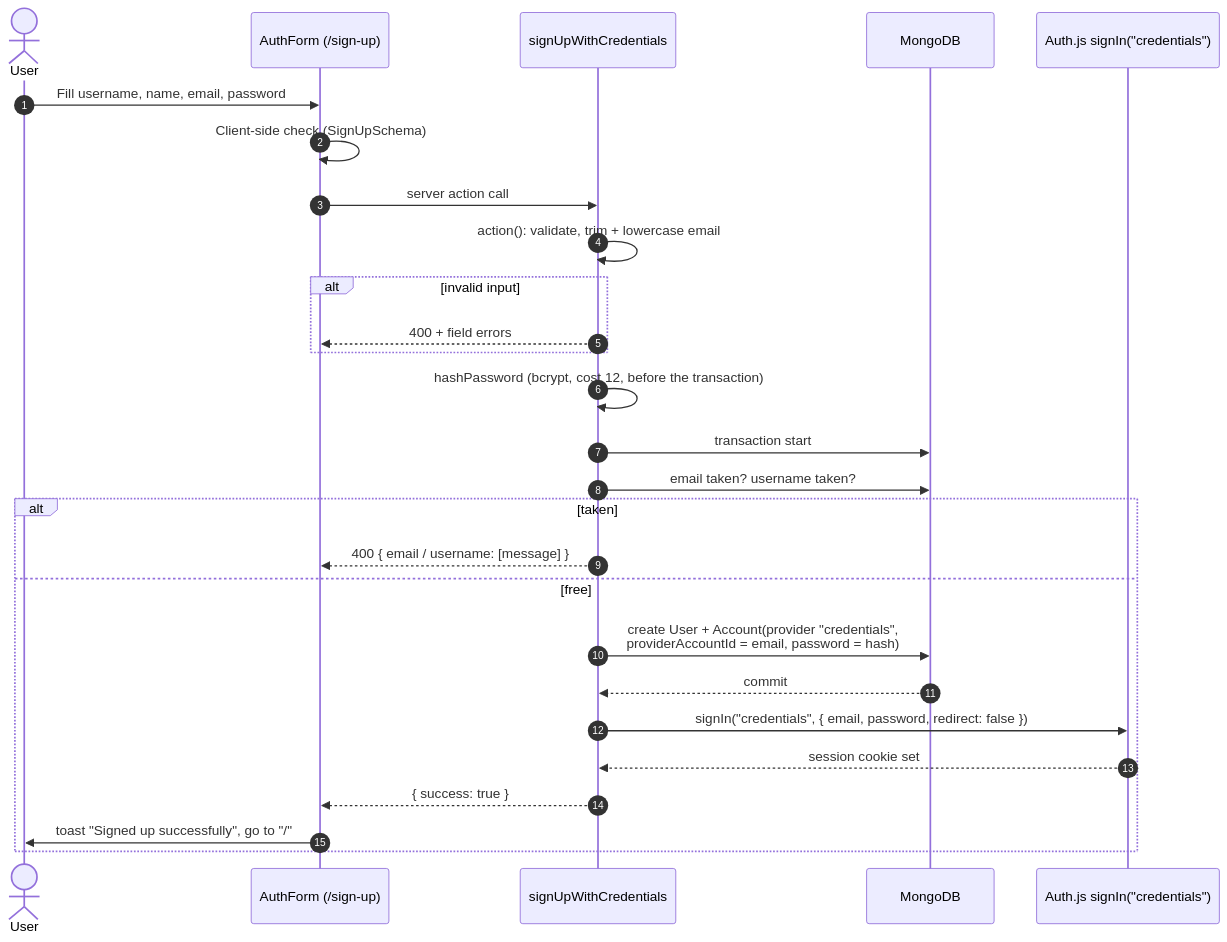
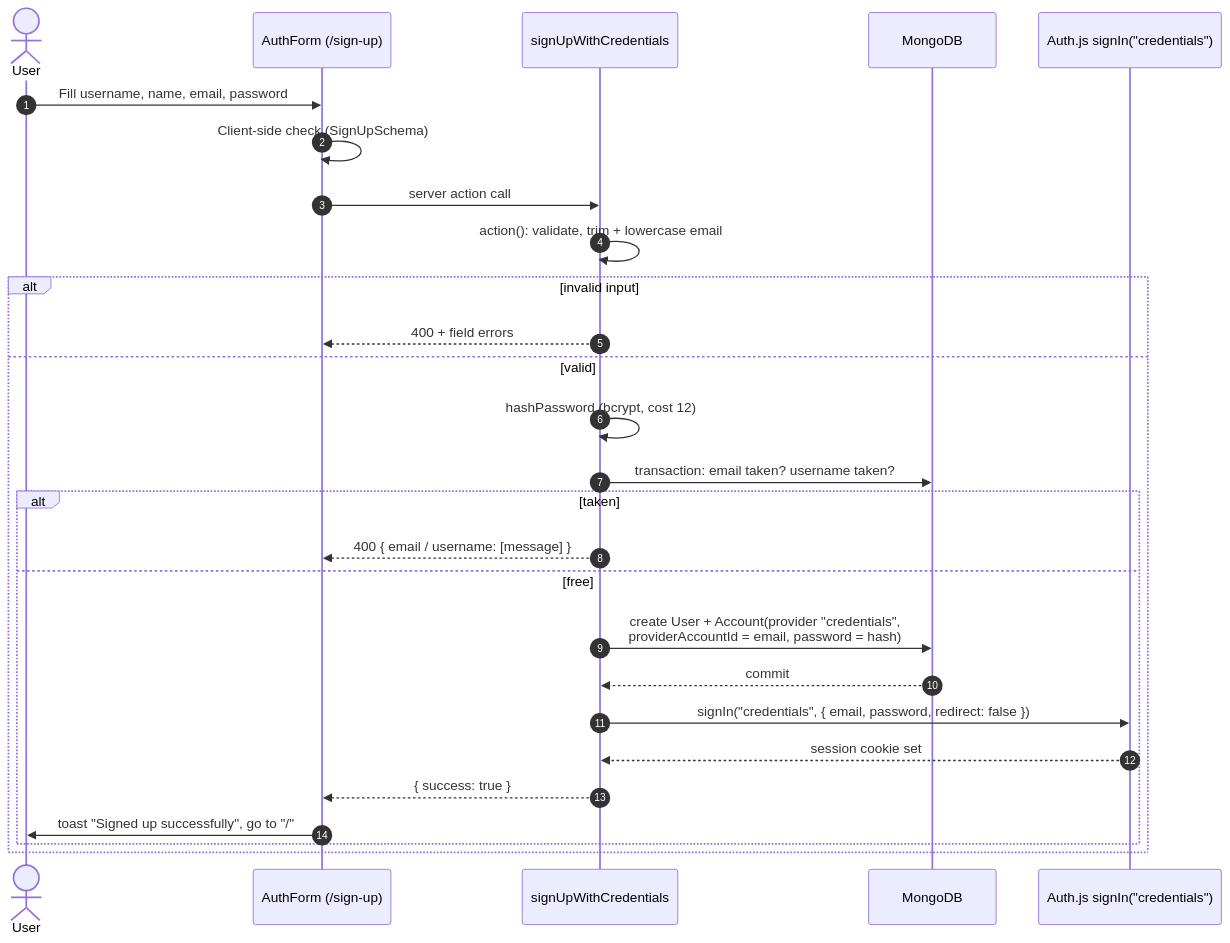
The seventh of 9 diagrams in docs/AUTH.md (firihy/dev-over-flow), drawn with Mermaid before and after one commit. The commit also changed other lines of this file, not shown here.

````diff
--- a/docs/AUTH.md
+++ b/docs/AUTH.md
@@ -349,30 +263,30 @@
 ```mermaid
 sequenceDiagram
   autonumber
   actor U as User
   participant F as AuthForm (/sign-up)
   participant SA as signUpWithCredentials
   participant DB as MongoDB
   participant AJ as Auth.js signIn("credentials")
 
   U->>F: Fill username, name, email, password
   F->>F: Client-side check (SignUpSchema)
   F->>SA: server action call
   SA->>SA: action(): validate, trim + lowercase email
   alt invalid input
     SA-->>F: 400 + field errors
-  end
-  SA->>SA: hashPassword (bcrypt, cost 12, before the transaction)
-  SA->>DB: transaction start
-  SA->>DB: email taken? username taken?
-  alt taken
-    SA-->>F: 400 { email / username: [message] }
-  else free
-    SA->>DB: create User + Account(provider "credentials",<br/>providerAccountId = email, password = hash)
-    DB-->>SA: commit
-    SA->>AJ: signIn("credentials", { email, password, redirect: false })
-    AJ-->>SA: session cookie set
-    SA-->>F: { success: true }
-    F->>U: toast "Signed up successfully", go to "/"
+  else valid
+    SA->>SA: hashPassword (bcrypt, cost 12)
+    SA->>DB: transaction: email taken? username taken?
+    alt taken
+      SA-->>F: 400 { email / username: [message] }
+    else free
+      SA->>DB: create User + Account(provider "credentials",<br/>providerAccountId = email, password = hash)
+      DB-->>SA: commit
+      SA->>AJ: signIn("credentials", { email, password, redirect: false })
+      AJ-->>SA: session cookie set
+      SA-->>F: { success: true }
+      F->>U: toast "Signed up successfully", go to "/"
+    end
   end
 ```
````
